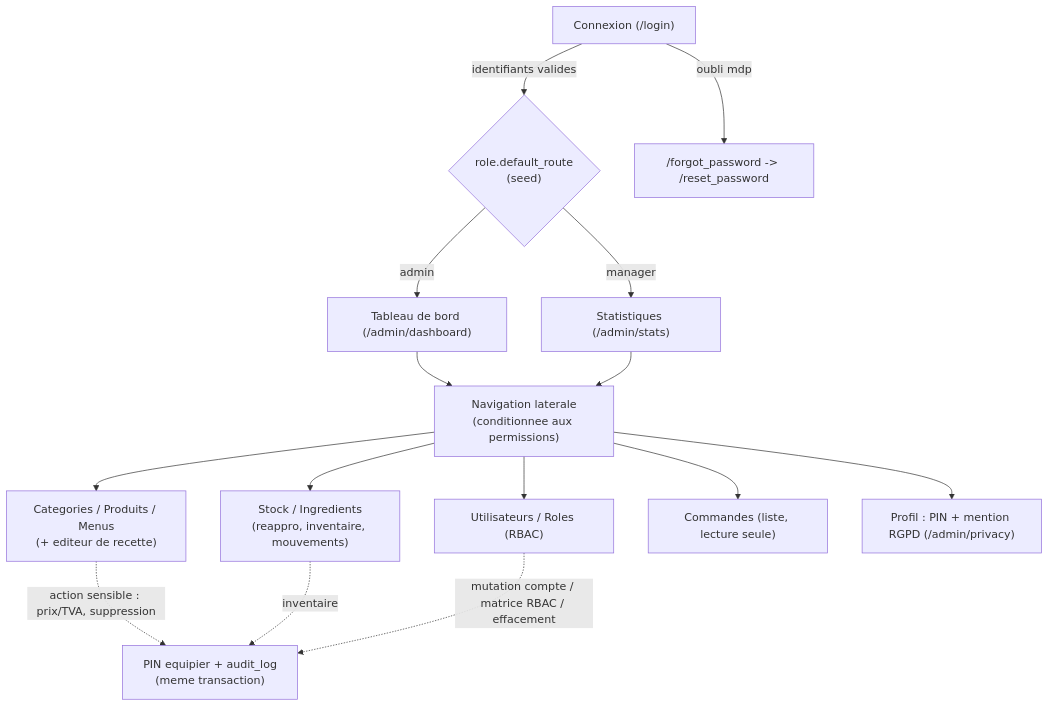
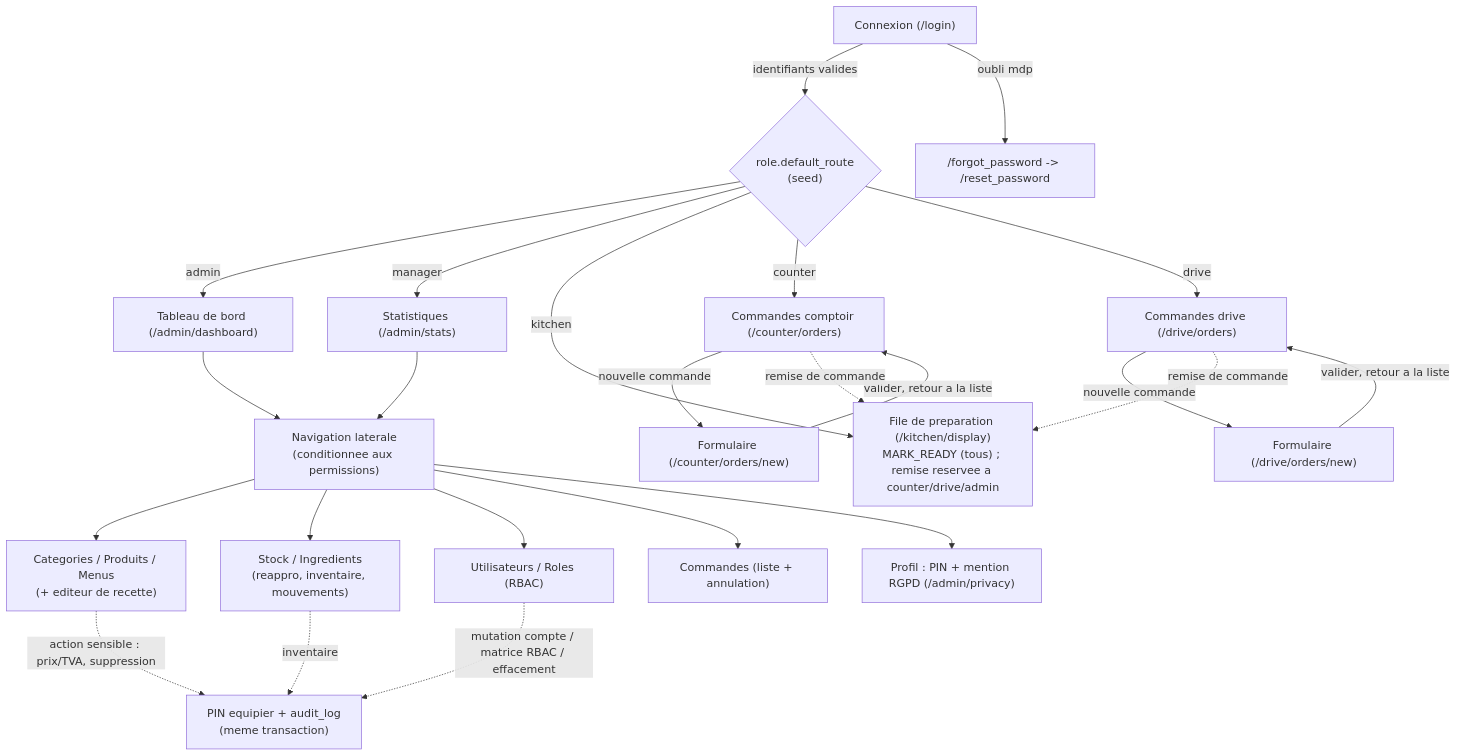
The second of 2 diagrams in docs/architecture/functional-schema.md (AcadeNice/wakdo_corentin), drawn with Mermaid before and after one commit. The commit also changed other lines of this file and 7 other files, not shown here.

````diff
--- a/docs/architecture/functional-schema.md
+++ b/docs/architecture/functional-schema.md
@@ -68,19 +68,29 @@
 ```mermaid
 flowchart TD
     L["Connexion (/login)"] -->|identifiants valides| R{"role.default_route\n(seed)"}
     L -->|oubli mdp| RP["/forgot_password -> /reset_password"]
     R -->|admin| DB["Tableau de bord (/admin/dashboard)"]
     R -->|manager| ST["Statistiques (/admin/stats)"]
+    R -->|kitchen| KIT["File de preparation (/kitchen/display)\nMARK_READY (tous) ; remise reservee a counter/drive/admin"]
+    R -->|counter| CNT["Commandes comptoir (/counter/orders)"]
+    R -->|drive| DRV["Commandes drive (/drive/orders)"]
 
     DB --> NAV["Navigation laterale\n(conditionnee aux permissions)"]
     ST --> NAV
     NAV --> CAT["Categories / Produits / Menus\n(+ editeur de recette)"]
     NAV --> STK["Stock / Ingredients\n(reappro, inventaire, mouvements)"]
     NAV --> USR["Utilisateurs / Roles (RBAC)"]
-    NAV --> ORD["Commandes (liste, lecture seule)"]
+    NAV --> ORD["Commandes (liste + annulation)"]
     NAV --> PRO["Profil : PIN + mention RGPD (/admin/privacy)"]
+
+    CNT -->|nouvelle commande| CNTN["Formulaire (/counter/orders/new)"]
+    CNTN -->|valider, retour a la liste| CNT
+    DRV -->|nouvelle commande| DRVN["Formulaire (/drive/orders/new)"]
+    DRVN -->|valider, retour a la liste| DRV
+    CNT -.->|remise de commande| KIT
+    DRV -.->|remise de commande| KIT
 
     CAT -.->|action sensible : prix/TVA, suppression| PIN["PIN equipier + audit_log\n(meme transaction)"]
     STK -.->|inventaire| PIN
     USR -.->|mutation compte / matrice RBAC / effacement| PIN
 ```
````
